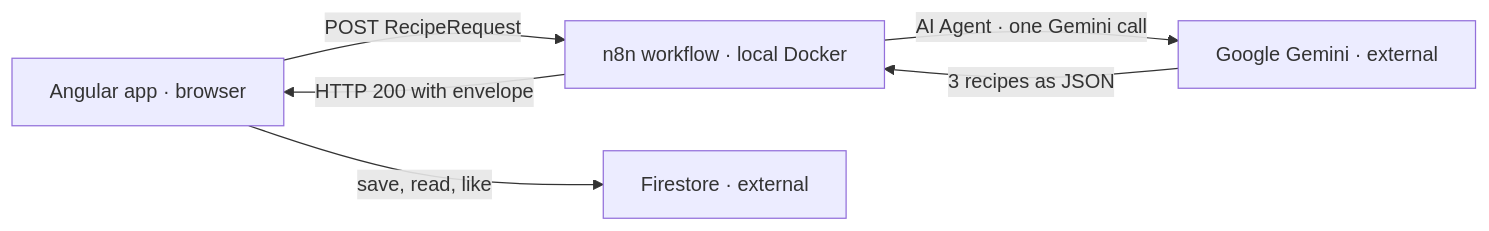
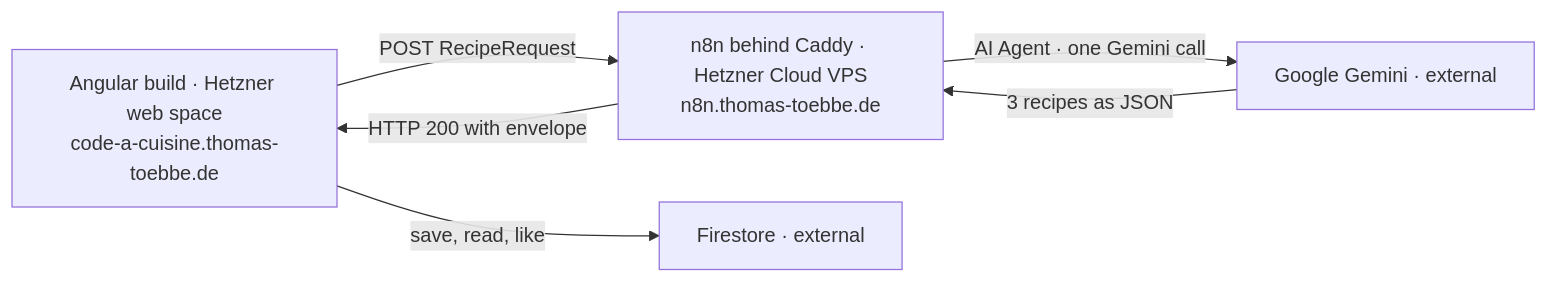
Before and after one commit to ttoebbe/code-a-cuisine: the diagram in README.md, drawn with Mermaid. The commit also changed other lines of this file and 6 other files, not shown here.

````diff
--- a/README.md
+++ b/README.md
@@ -8,13 +16,13 @@
 ```mermaid
 flowchart LR
-  ng["Angular app · browser"]
-  n8n["n8n workflow · local Docker"]
+  ng["Angular build · Hetzner web space<br/>code-a-cuisine.thomas-toebbe.de"]
+  n8n["n8n behind Caddy · Hetzner Cloud VPS<br/>n8n.thomas-toebbe.de"]
   ai["Google Gemini · external"]
   fs["Firestore · external"]
 
   ng -- "POST RecipeRequest" --> n8n
   n8n -- "AI Agent · one Gemini call" --> ai
   ai -- "3 recipes as JSON" --> n8n
   n8n -- "HTTP 200 with envelope" --> ng
   ng -- "save, read, like" --> fs
 ```
````
